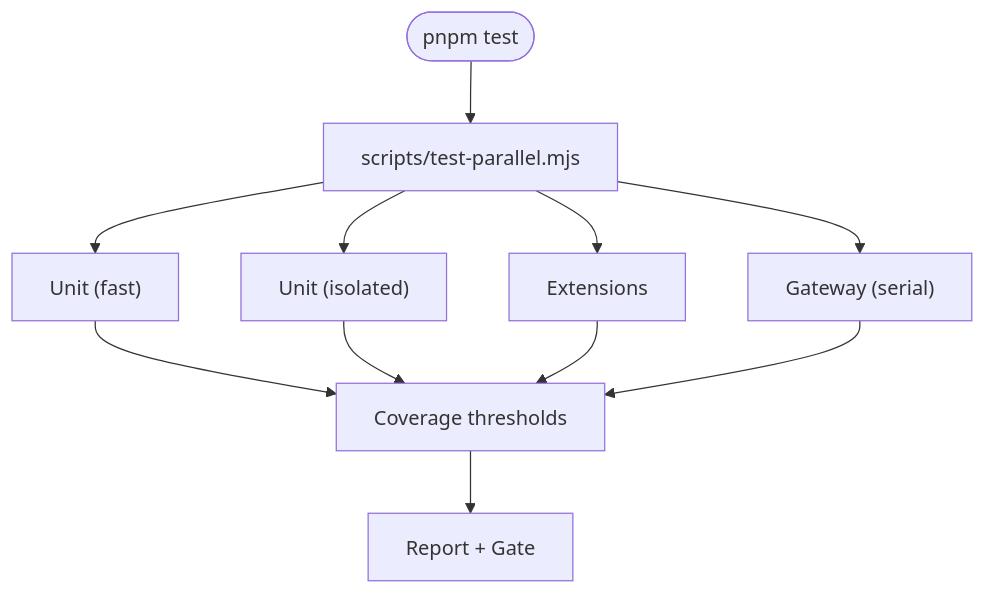
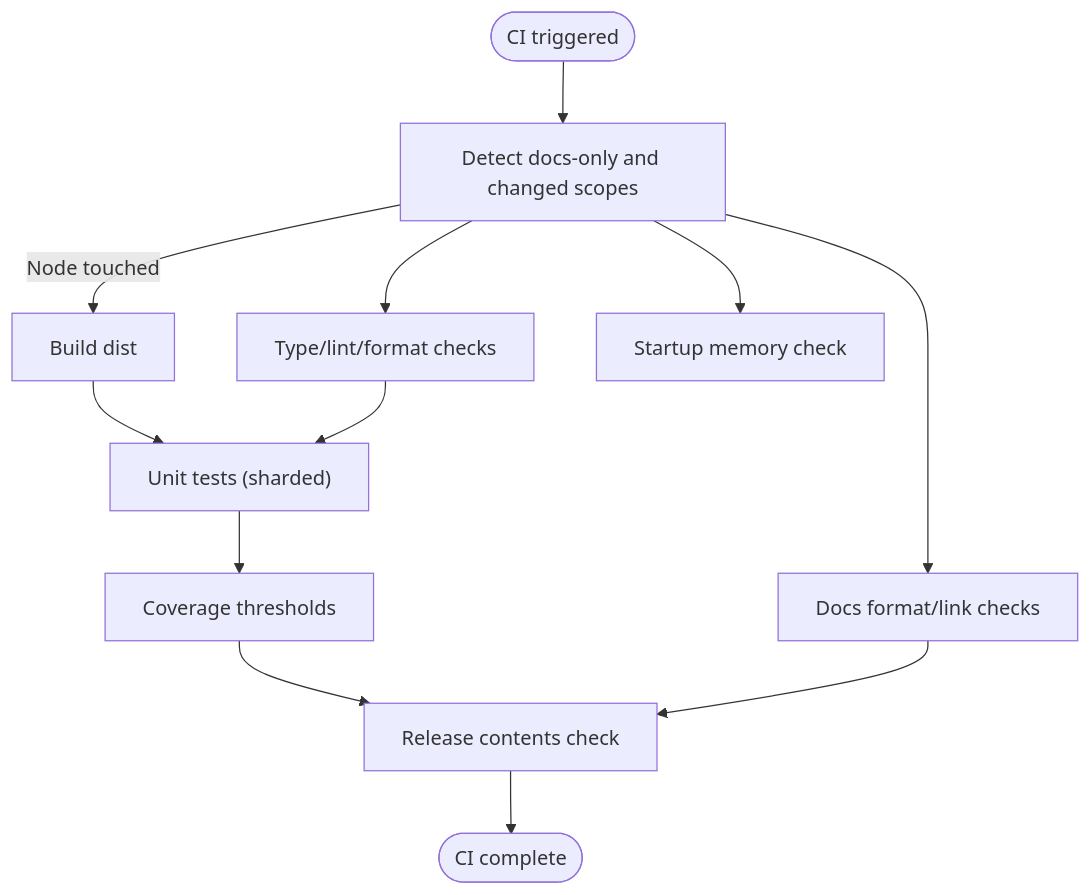
One commit to botx-work/OpenClaw-Internals changed the fourth of 6 diagrams in repowiki/en/content/Development Guide.md. Above: the diagram before and after it, drawn with Mermaid. The commit also changed other lines of this file and 332 other files, not shown here.

````diff
--- a/repowiki/en/content/Development Guide.md
+++ b/repowiki/en/content/Development Guide.md
@@ -195,13 +192,14 @@
 ```mermaid
 flowchart TD
-Start(["pnpm test"]) --> Parallel["scripts/test-parallel.mjs"]
-Parallel --> UnitFast["Unit (fast)"]
-Parallel --> UnitIso["Unit (isolated)"]
-Parallel --> Ext["Extensions"]
-Parallel --> Gateway["Gateway (serial)"]
-UnitFast --> Coverage["Coverage thresholds"]
-UnitIso --> Coverage
-Ext --> Coverage
-Gateway --> Coverage
-Coverage --> Report["Report + Gate"]
+CIStart(["CI triggered"]) --> Scope["Detect docs-only and changed scopes"]
+Scope --> |Node touched| BuildDist["Build dist"]
+Scope --> Checks["Type/lint/format checks"]
+Scope --> StartupMem["Startup memory check"]
+Scope --> DocsCheck["Docs format/link checks"]
+BuildDist --> UnitTests["Unit tests (sharded)"]
+Checks --> UnitTests
+UnitTests --> Coverage["Coverage thresholds"]
+Coverage --> ReleaseCheck["Release contents check"]
+DocsCheck --> ReleaseCheck
+ReleaseCheck --> Done(["CI complete"])
 ```
````
